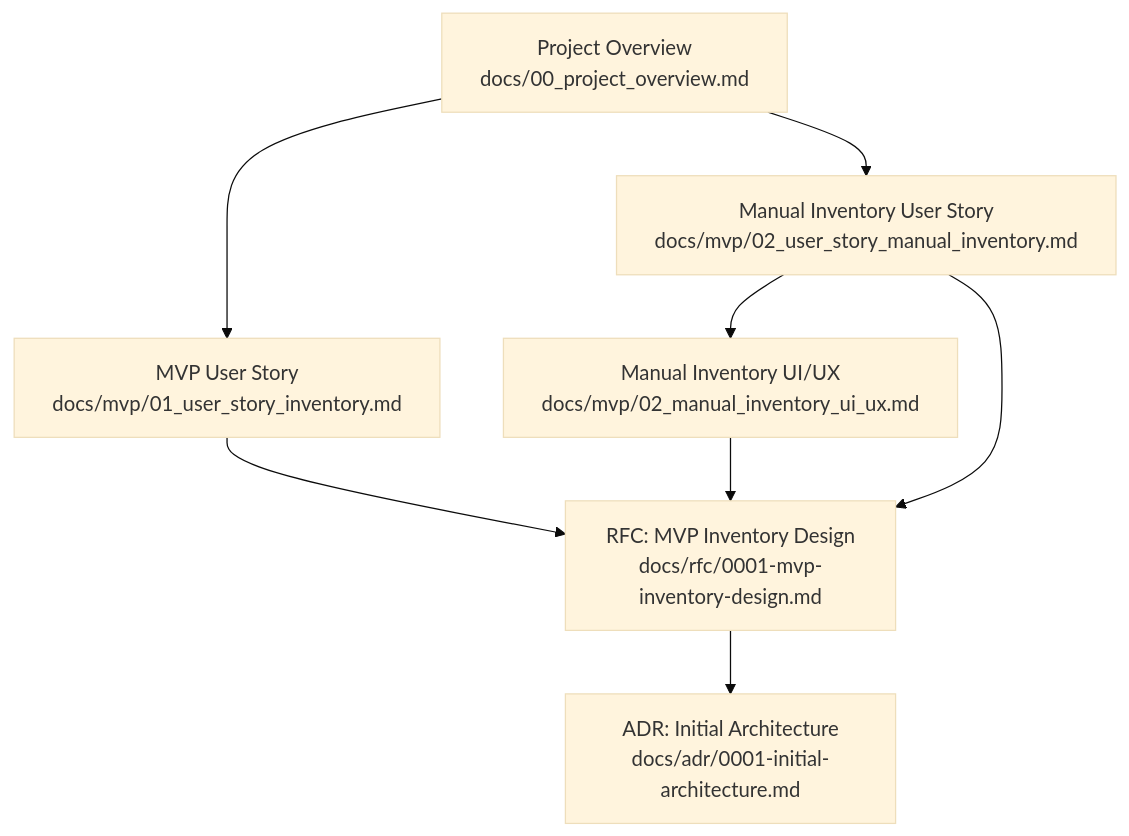
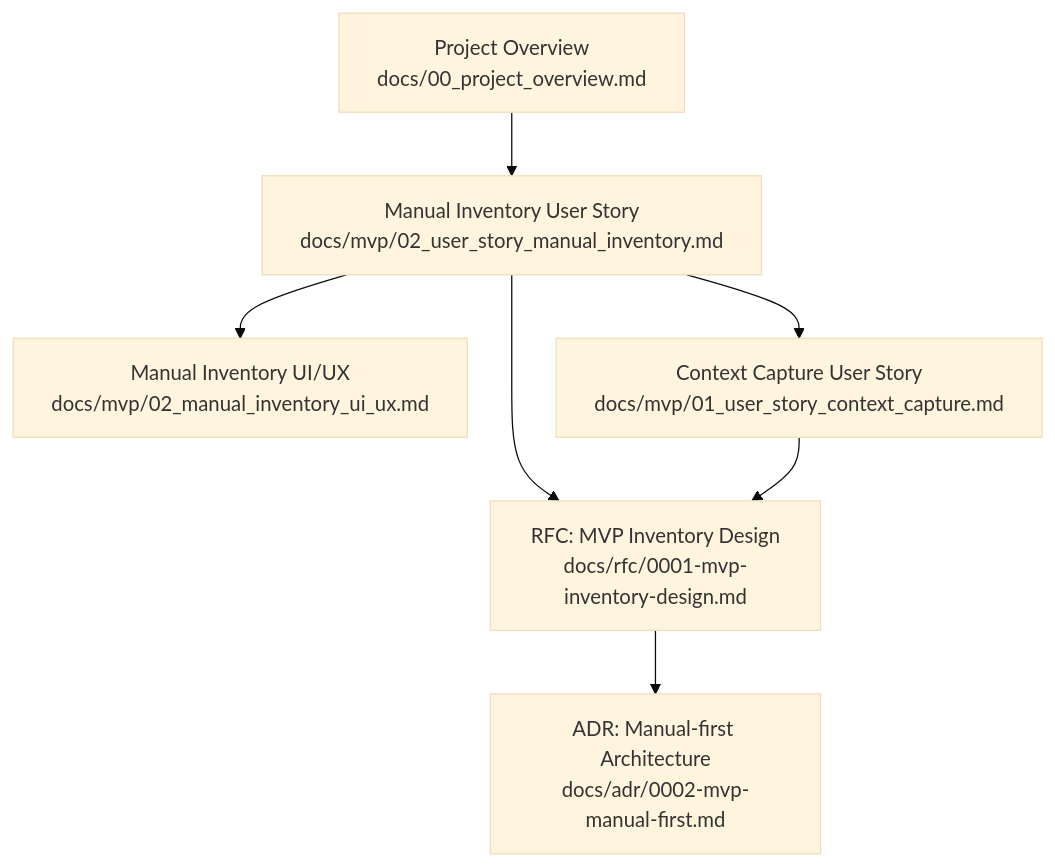
One commit to asukhodko/timeskein changed the first of 7 diagrams in .qoder/repowiki/en/content/MVP Documentation.md. Above: the diagram before and after it, drawn with Mermaid (base theme). The commit also changed other lines of this file and 8 other files, not shown here.

First line of the commit message:
docs(architecture): adopt manual-first philosophy as core architectural foundation

````diff
--- a/.qoder/repowiki/en/content/MVP Documentation.md
+++ b/.qoder/repowiki/en/content/MVP Documentation.md
@@ -35,10 +44,9 @@
 ```mermaid
 graph TB
-A["Project Overview<br/>docs/00_project_overview.md"] --> B["MVP User Story<br/>docs/mvp/01_user_story_inventory.md"]
-A --> C["Manual Inventory User Story<br/>docs/mvp/02_user_story_manual_inventory.md"]
-C --> D["Manual Inventory UI/UX<br/>docs/mvp/02_manual_inventory_ui_ux.md"]
-C --> E["RFC: MVP Inventory Design<br/>docs/rfc/0001-mvp-inventory-design.md"]
-E --> F["ADR: Initial Architecture<br/>docs/adr/0001-initial-architecture.md"]
-B --> E
-D --> E
+A["Project Overview<br/>docs/00_project_overview.md"] --> B["Manual Inventory User Story<br/>docs/mvp/02_user_story_manual_inventory.md"]
+B --> C["Manual Inventory UI/UX<br/>docs/mvp/02_manual_inventory_ui_ux.md"]
+B --> D["RFC: MVP Inventory Design<br/>docs/rfc/0001-mvp-inventory-design.md"]
+B --> E["Context Capture User Story<br/>docs/mvp/01_user_story_context_capture.md"]
+D --> F["ADR: Manual-first Architecture<br/>docs/adr/0002-mvp-manual-first.md"]
+E --> D
 ```
````
